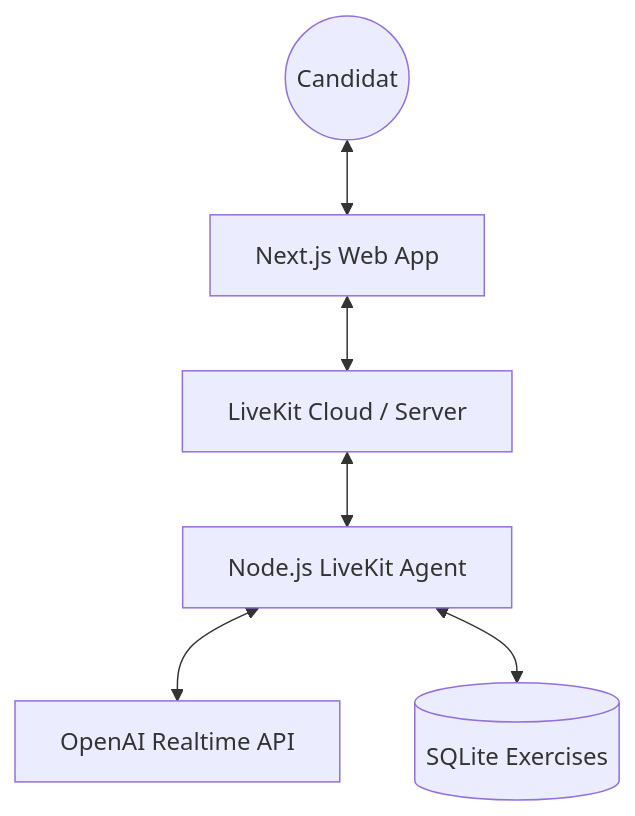
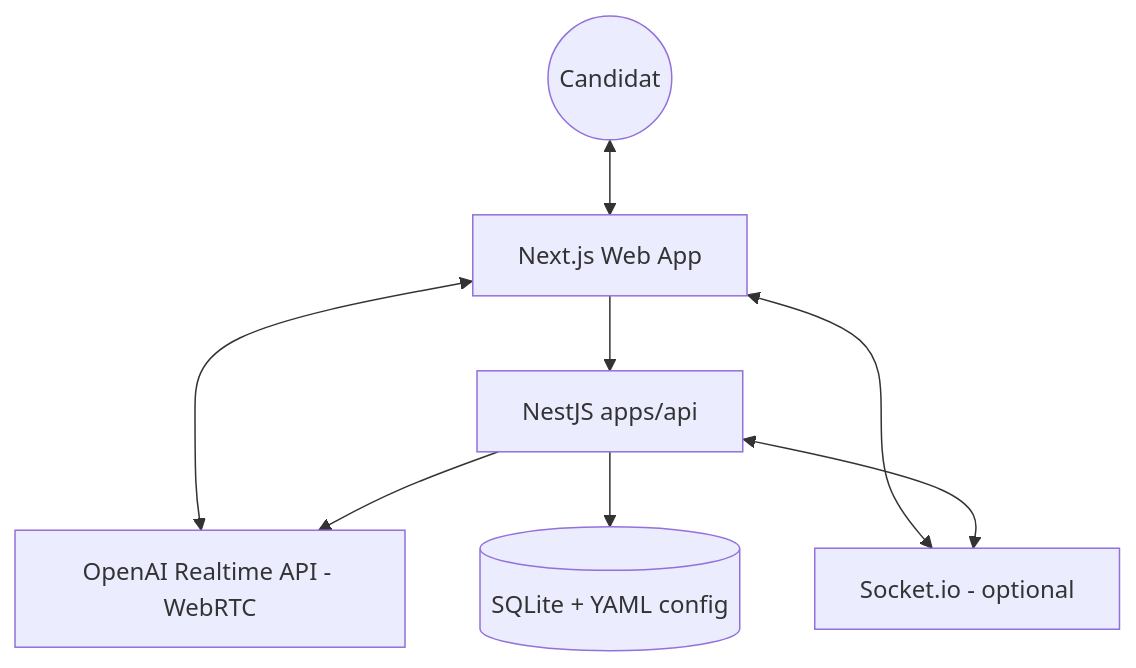
One commit to yortyrh/parle-tcf changed the diagram in AGENTS.md. Above: the diagram before and after it, drawn with Mermaid. The commit also changed other lines of this file and 137 other files, not shown here.

First line of the commit message:
feat: decouple LiveKit for OpenAI Realtime WebRTC

````diff
--- a/AGENTS.md
+++ b/AGENTS.md
@@ -9,8 +7,10 @@
 ```mermaid
 graph TD
-    User((Candidat)) <--> Web[Next.js Web App]
-    Web <--> LK[LiveKit Cloud / Server]
-    LK <--> Agent[Node.js LiveKit Agent]
-    Agent <--> OpenAI[OpenAI Realtime API]
-    Agent <--> DB[(SQLite Exercises)]
+  User((Candidat)) <--> Web[Next.js Web App]
+  Web --> API[NestJS apps/api]
+  Web <--> OAI[OpenAI Realtime API - WebRTC]
+  API --> OAI
+  API --> DB[(SQLite + YAML config)]
+  Web <--> SIO[Socket.io - optional]
+  API <--> SIO
 ```
````
